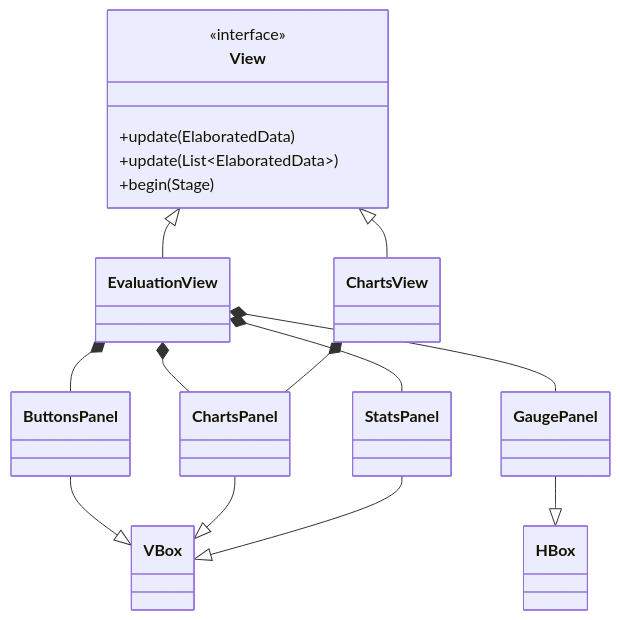
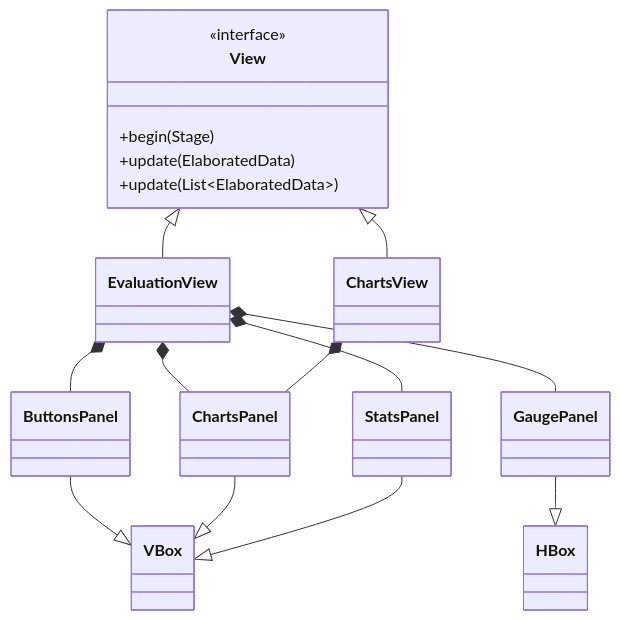
The eighth of 10 diagrams in report.md (unibo-oop-projects/OOP24-Alessandro-CristoferNapolitano-SolarEgg-TodeschiMatteo-java-dyno), drawn with Mermaid before and after one commit. The commit also changed other lines of this file, not shown here.

````diff
--- a/report.md
+++ b/report.md
@@ -444,33 +449,33 @@
 ```mermaid
 classDiagram
     class View {
         <<interface>>
+        +begin(Stage)
         +update(ElaboratedData)
         +update(List~ElaboratedData~)
-        +begin(Stage)
     }
     class EvaluationView {
     }
     class ChartsView {
     }
     class ButtonsPanel {
     }
     class GaugePanel {
     }
     class StatsPanel {
     }
     class ChartsPanel {
     }
 
     ButtonsPanel --|> VBox
     ChartsPanel --|> VBox
     StatsPanel --|> VBox
     GaugePanel --|> HBox
     View <|-- EvaluationView
     View <|-- ChartsView
     EvaluationView *-- ButtonsPanel
     EvaluationView *-- ChartsPanel
     EvaluationView *-- GaugePanel
     EvaluationView *-- StatsPanel
     ChartsView *-- ChartsPanel
 ```
````
